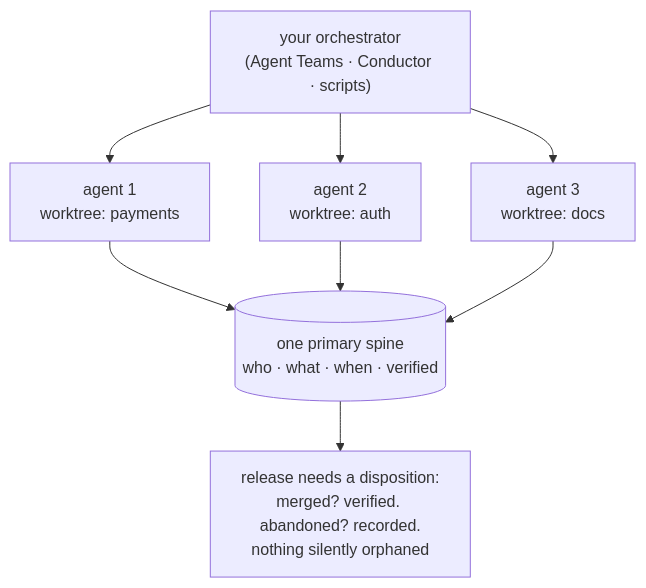
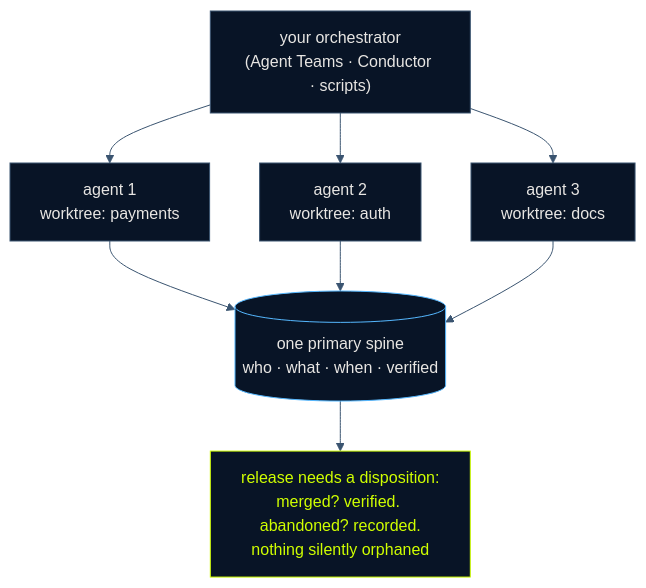
The fourth of 6 diagrams in README.md (frdyx/maddu), drawn with Mermaid before and after one commit. The commit also changed other lines of this file, not shown here.

First line of the commit message:
docs(readme): navy-noir brand tokens on the use-case diagrams

````diff
--- a/README.md
+++ b/README.md
@@ -225,10 +244,15 @@
 ```mermaid
+%%{init: {"theme":"base","themeVariables":{"fontFamily":"IBM Plex Sans, Segoe UI, sans-serif","mainBkg":"#081426","nodeBorder":"#3A5470","lineColor":"#3A5470","textColor":"#E8E6E3","primaryTextColor":"#E8E6E3","edgeLabelBackground":"#050B17"}}}%%
 flowchart TB
     O["your orchestrator<br/>(Agent Teams · Conductor · scripts)"] --> W1["agent 1<br/>worktree: payments"]
     O --> W2["agent 2<br/>worktree: auth"]
     O --> W3["agent 3<br/>worktree: docs"]
     W1 --> S[("one primary spine<br/>who · what · when · verified")]
     W2 --> S
     W3 --> S
     S --> D["release needs a disposition:<br/>merged? verified. abandoned? recorded.<br/>nothing silently orphaned"]
+    classDef spine fill:#081426,stroke:#56B8FF,color:#E8E6E3
+    classDef good fill:#081426,stroke:#D0FF00,color:#D0FF00
+    class S spine
+    class D good
 ```
````
